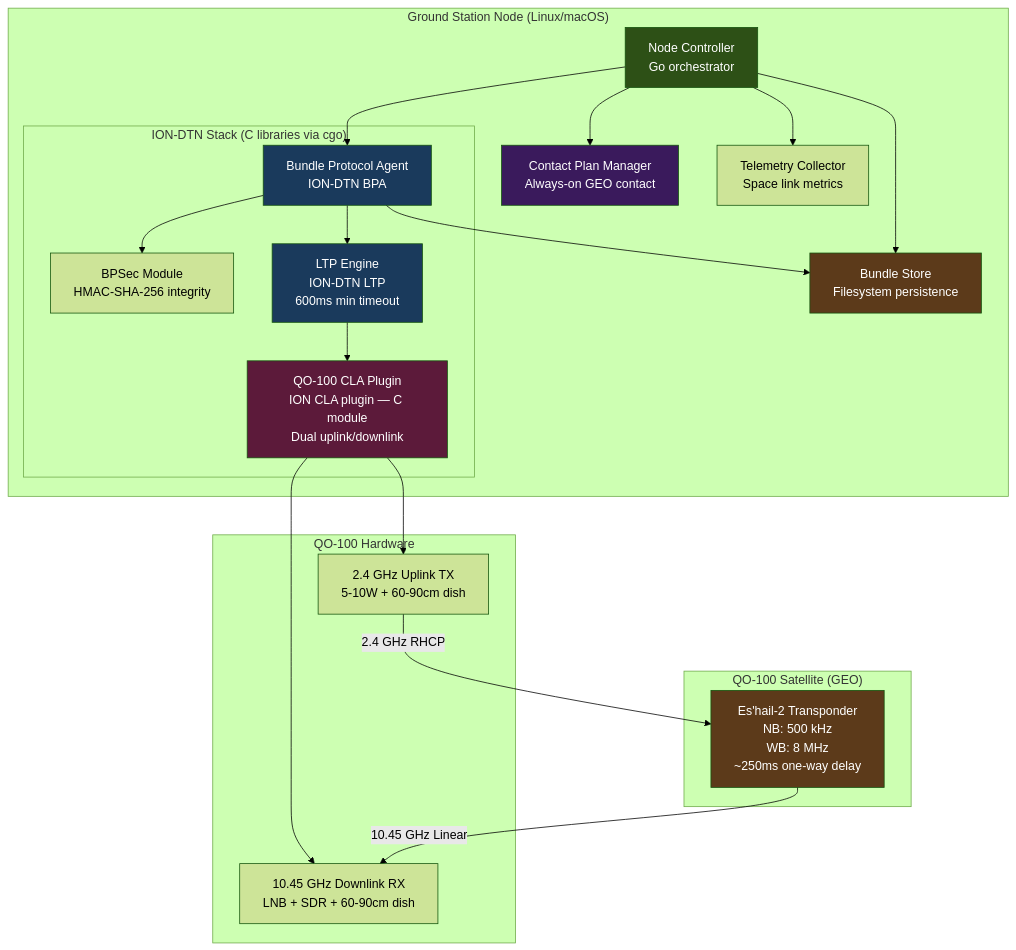
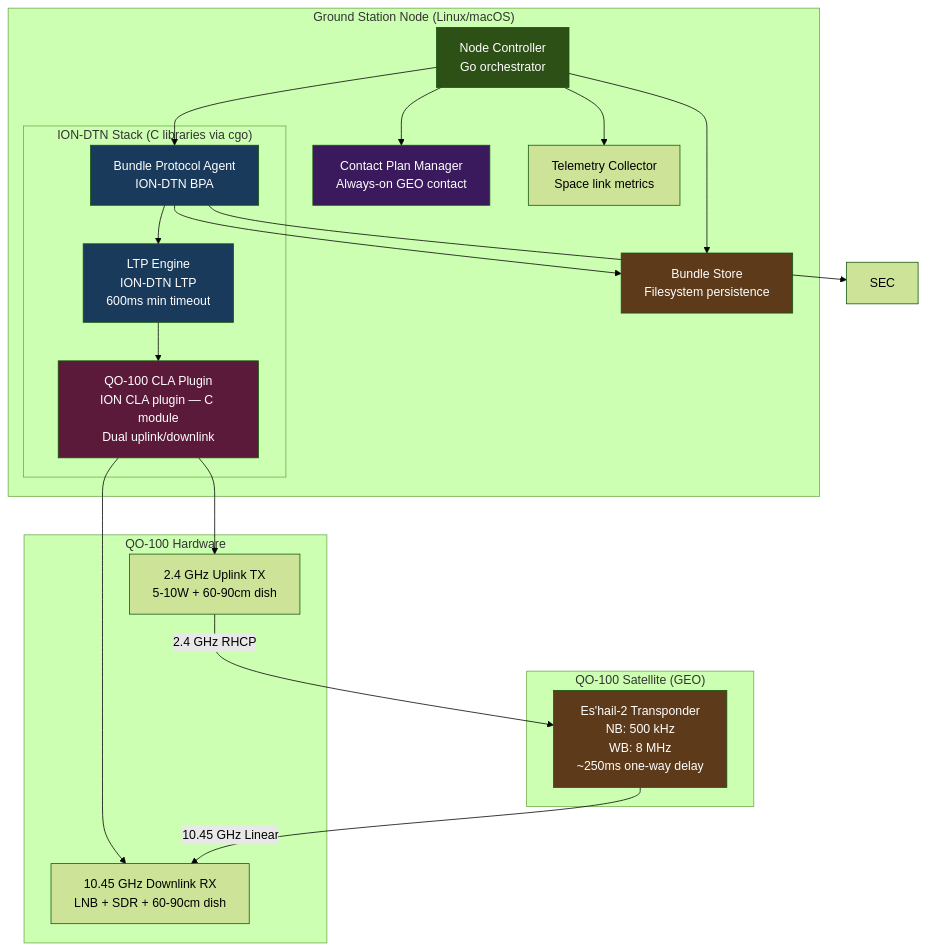
The first of 2 diagrams in docs/qo-100-geo-satellite-dtn/design.md (g4dpz/cislunar_proposal), drawn with Mermaid (forest theme) before and after one commit. The commit also changed other lines of this file and 39 other files, not shown here.

````diff
--- a/docs/qo-100-geo-satellite-dtn/design.md
+++ b/docs/qo-100-geo-satellite-dtn/design.md
@@ -34,46 +34,45 @@
 ```mermaid
 graph TD
     subgraph "Ground Station Node (Linux/macOS)"
         NC[Node Controller<br/>Go orchestrator]
         BS[Bundle Store<br/>Filesystem persistence]
         CPM[Contact Plan Manager<br/>Always-on GEO contact]
         TEL[Telemetry Collector<br/>Space link metrics]
 
         subgraph "ION-DTN Stack (C libraries via cgo)"
             BPA[Bundle Protocol Agent<br/>ION-DTN BPA]
-            SEC[BPSec Module<br/>HMAC-SHA-256 integrity]
             LTP[LTP Engine<br/>ION-DTN LTP<br/>600ms min timeout]
             CLA[QO-100 CLA Plugin<br/>ION CLA plugin — C module<br/>Dual uplink/downlink]
         end
     end
 
     subgraph "QO-100 Hardware"
         UPTX[2.4 GHz Uplink TX<br/>5-10W + 60-90cm dish]
         DNRX[10.45 GHz Downlink RX<br/>LNB + SDR + 60-90cm dish]
     end
 
     subgraph "QO-100 Satellite (GEO)"
         SAT[Es'hail-2 Transponder<br/>NB: 500 kHz<br/>WB: 8 MHz<br/>~250ms one-way delay]
     end
 
     NC --> BPA
     NC --> BS
     NC --> CPM
     NC --> TEL
     BPA --> SEC
     BPA --> BS
     BPA --> LTP
     LTP --> CLA
     CLA --> UPTX
     CLA --> DNRX
     UPTX -->|2.4 GHz RHCP| SAT
     SAT -->|10.45 GHz Linear| DNRX
 
     style NC fill:#2d5016,color:#fff
     style BPA fill:#1a3a5c,color:#fff
     style LTP fill:#1a3a5c,color:#fff
     style BS fill:#5c3a1a,color:#fff
     style CPM fill:#3a1a5c,color:#fff
     style CLA fill:#5c1a3a,color:#fff
     style SAT fill:#5c3a1a,color:#fff
 ```
````
